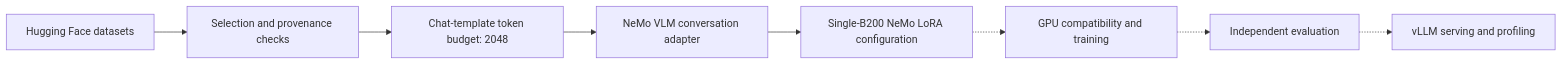
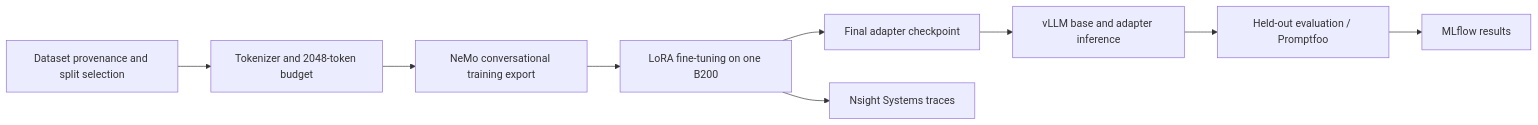
The second of 2 diagrams in README.md (smrivero/PatchReason), drawn with Mermaid before and after one commit. The commit also changed other lines of this file and 7 other files, not shown here.

Commit message:
Add B200 training, evaluation and profiling evidence

````diff
--- a/README.md
+++ b/README.md
@@ -53,10 +80,11 @@
 ```mermaid
 flowchart LR
-    A[Hugging Face datasets] --> B[Selection and provenance checks]
-    B --> C[Chat-template token budget: 2048]
-    C --> D[NeMo VLM conversation adapter]
-    D --> E[Single-B200 NeMo LoRA configuration]
-    E -.-> F[GPU compatibility and training]
-    F -.-> G[Independent evaluation]
-    G -.-> H[vLLM serving and profiling]
+    S[Dataset provenance and split selection] --> B[Tokenizer and 2048-token budget]
+    B --> T[NeMo conversational training export]
+    T --> F[LoRA fine-tuning on one B200]
+    F --> C[Final adapter checkpoint]
+    C --> I[vLLM base and adapter inference]
+    I --> E[Held-out evaluation / Promptfoo]
+    F --> P[Nsight Systems traces]
+    E --> M[MLflow results]
 ```
````
